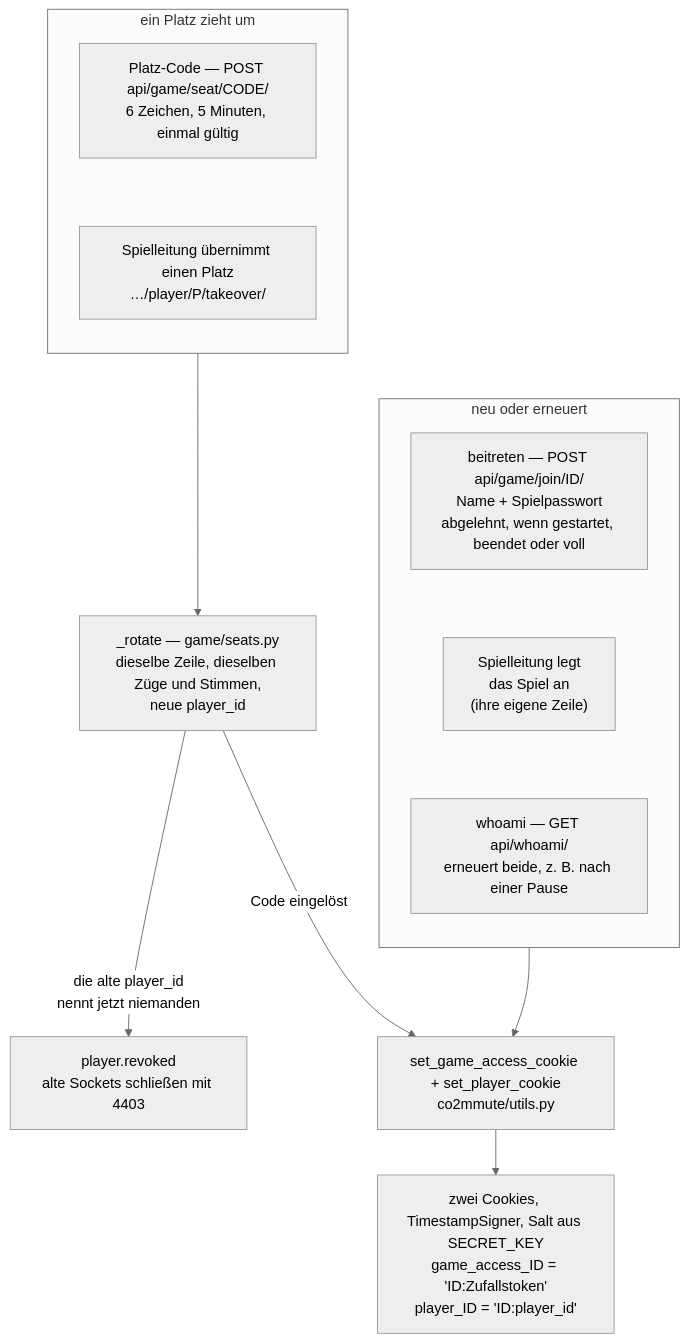
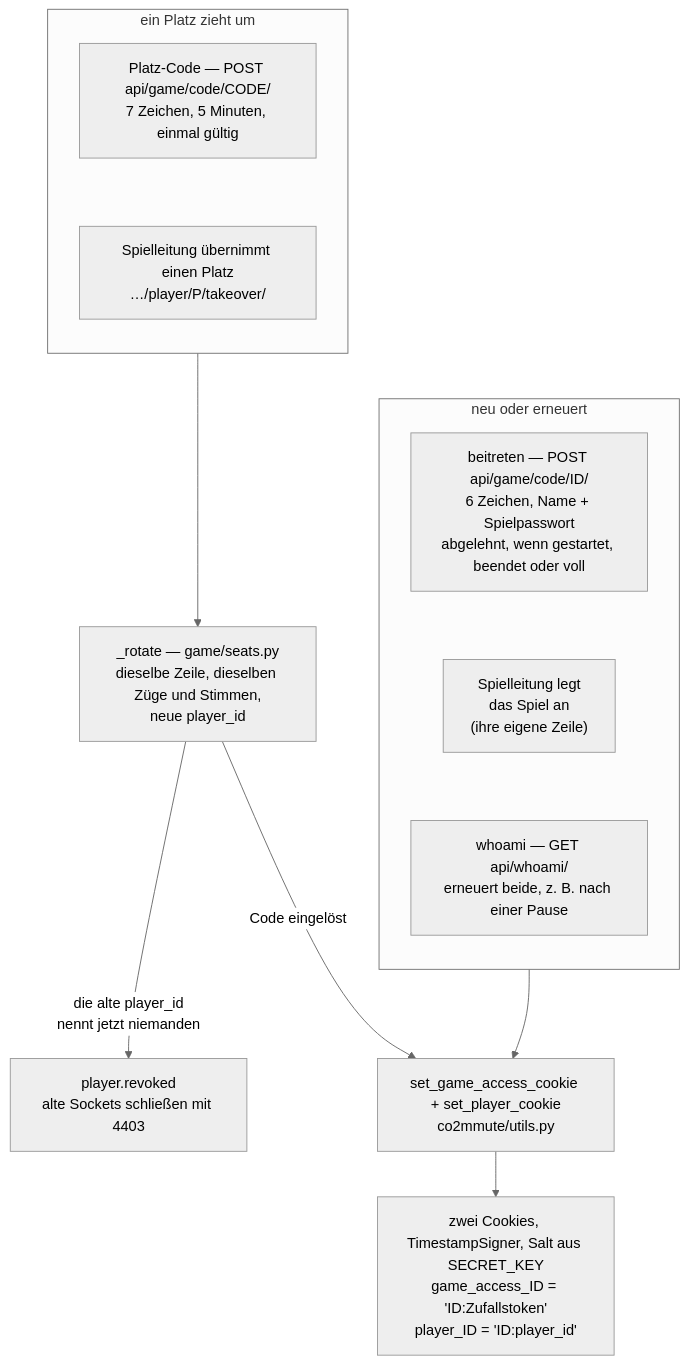
The third of 12 diagrams in docs/de-flowcharts.md (luke-hirsch/co2mmute), drawn with Mermaid (neutral theme) before and after one commit. The commit also changed other lines of this file and 31 other files, not shown here.

Commit message:
ein weg im frontend: /app/join/<code> für spiel-id und platz-code, /app/seat und die zweite eingabe weg; docs, testfälle, e2e

````diff
--- a/docs/de-flowcharts.md
+++ b/docs/de-flowcharts.md
@@ -115,25 +115,25 @@
 ```mermaid
 flowchart TD
     subgraph move["ein Platz zieht um"]
         direction TB
-        code["Platz-Code — POST api/game/seat/CODE/<br>6 Zeichen, 5 Minuten, einmal gültig"]
+        code["Platz-Code — POST api/game/code/CODE/<br>7 Zeichen, 5 Minuten, einmal gültig"]
         takeover["Spielleitung übernimmt einen Platz<br>…/player/P/takeover/"]
         code ~~~ takeover
     end
     subgraph fresh["neu oder erneuert"]
         direction TB
-        join["beitreten — POST api/game/join/ID/<br>Name + Spielpasswort<br>abgelehnt, wenn gestartet, beendet oder voll"]
+        join["beitreten — POST api/game/code/ID/<br>6 Zeichen, Name + Spielpasswort<br>abgelehnt, wenn gestartet, beendet oder voll"]
         create["Spielleitung legt<br>das Spiel an<br>(ihre eigene Zeile)"]
         whoami["whoami — GET api/whoami/<br>erneuert beide, z. B. nach einer Pause"]
         join ~~~ create ~~~ whoami
     end
 
     move --> rotate
     rotate["_rotate — game/seats.py<br>dieselbe Zeile, dieselben Züge und Stimmen,<br>neue player_id"]
     rotate -->|"die alte player_id<br>nennt jetzt niemanden"| revoked["player.revoked<br>alte Sockets schließen mit 4403"]
     rotate -->|"Code eingelöst"| mint
     fresh --> mint
 
     mint["set_game_access_cookie + set_player_cookie<br>co2mmute/utils.py"]
     mint --> cookies["zwei Cookies, TimestampSigner, Salt aus SECRET_KEY<br>game_access_ID = 'ID:Zufallstoken'<br>player_ID = 'ID:player_id'"]
 ```
````
